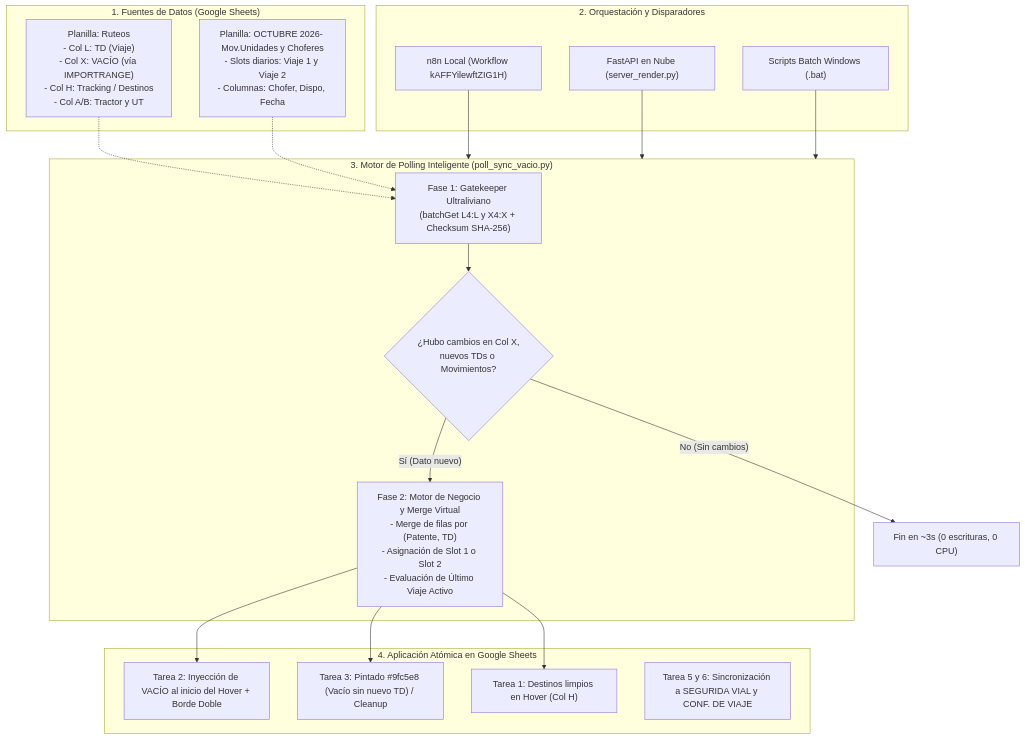
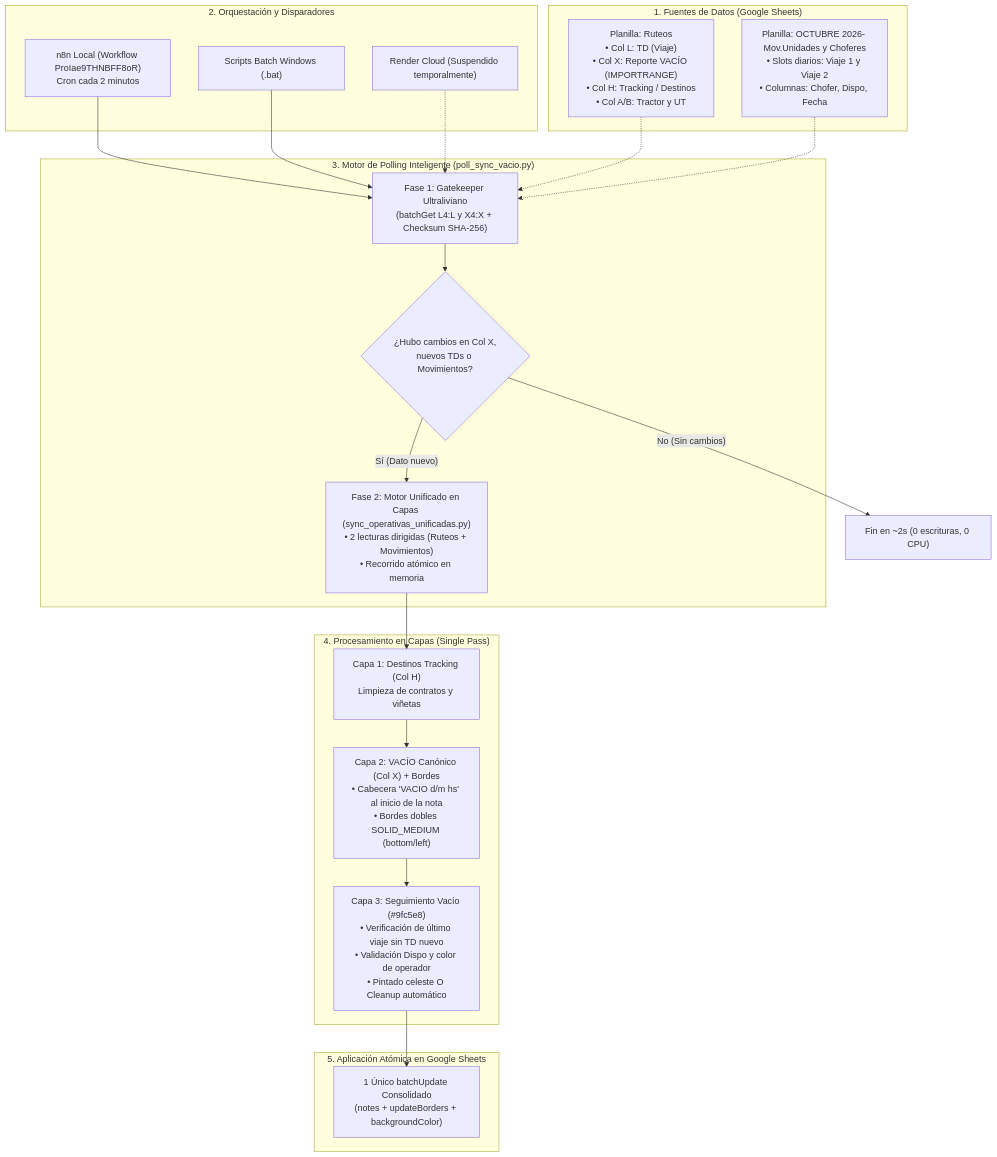
One commit to matiENA/diaria changed the diagram in README.md. Above: the diagram before and after it, drawn with Mermaid. The commit also changed other lines of this file and 16 other files, not shown here.

Commit message:
feat(sync): motor unificado en capas, filtro canónico de TD en Col L, blindaje de concurrencia y fix para pyw en n8n

````diff
--- a/README.md
+++ b/README.md
@@ -23,40 +26,44 @@
 ```mermaid
 flowchart TD
     subgraph Fuentes ["1. Fuentes de Datos (Google Sheets)"]
-        Ruteos["Planilla: Ruteos<br/>- Col L: TD (Viaje)<br/>- Col X: VACÍO (vía IMPORTRANGE)<br/>- Col H: Tracking / Destinos<br/>- Col A/B: Tractor y UT"]
-        Movimientos["Planilla: OCTUBRE 2026- Mov.Unidades y Choferes<br/>- Slots diarios: Viaje 1 y Viaje 2<br/>- Columnas: Chofer, Dispo, Fecha"]
+        Ruteos["Planilla: Ruteos<br/>• Col L: TD (Viaje)<br/>• Col X: Reporte VACÍO (IMPORTRANGE)<br/>• Col H: Tracking / Destinos<br/>• Col A/B: Tractor y UT"]
+        Movimientos["Planilla: OCTUBRE 2026- Mov.Unidades y Choferes<br/>• Slots diarios: Viaje 1 y Viaje 2<br/>• Columnas: Chofer, Dispo, Fecha"]
     end
 
     subgraph Orquestacion ["2. Orquestación y Disparadores"]
-        CronN8N["n8n Local (Workflow kAFFYilewftZIG1H)"]
-        FastAPI["FastAPI en Nube (server_render.py)"]
+        CronN8N["n8n Local (Workflow ProIae9THNBFF8oR)<br/>Cron cada 2 minutos"]
         BatchLocal["Scripts Batch Windows (.bat)"]
+        FastAPI["Render Cloud (Suspendido temporalmente)"]
     end
 
     subgraph PollingEngine ["3. Motor de Polling Inteligente (poll_sync_vacio.py)"]
         Fase1["Fase 1: Gatekeeper Ultraliviano<br/>(batchGet L4:L y X4:X + Checksum SHA-256)"]
         Check{"¿Hubo cambios en Col X,<br/>nuevos TDs o Movimientos?"}
-        Fase2["Fase 2: Motor de Negocio y Merge Virtual<br/>- Merge de filas por (Patente, TD)<br/>- Asignación de Slot 1 o Slot 2<br/>- Evaluación de Último Viaje Activo"]
+        Fase2["Fase 2: Motor Unificado en Capas (sync_operativas_unificadas.py)<br/>• 2 lecturas dirigidas (Ruteos + Movimientos)<br/>• Recorrido atómico en memoria"]
     end
 
-    subgraph Destinos ["4. Aplicación Atómica en Google Sheets"]
-        HoverX["Tarea 2: Inyección de VACÍO al inicio del Hover + Borde Doble"]
-        Celeste["Tarea 3: Pintado #9fc5e8 (Vacío sin nuevo TD) / Cleanup"]
-        Tracking["Tarea 1: Destinos limpios en Hover (Col H)"]
-        Cordillera["Tarea 5 y 6: Sincronización a SEGURIDA VIAL y CONF. DE VIAJE"]
+    subgraph CapasProcesamiento ["4. Procesamiento en Capas (Single Pass)"]
+        Capa1["Capa 1: Destinos Tracking (Col H)<br/>Limpieza de contratos y viñetas"]
+        Capa2["Capa 2: VACÍO Canónico (Col X) + Bordes<br/>• Cabecera 'VACIO d/m hs' al inicio de la nota<br/>• Bordes dobles SOLID_MEDIUM (bottom/left)"]
+        Capa3["Capa 3: Seguimiento Vacío (#9fc5e8)<br/>• Verificación de último viaje sin TD nuevo<br/>• Validación Dispo y color de operador<br/>• Pintado celeste O Cleanup automático"]
     end
 
-    CronN8N --> PollingEngine
-    FastAPI --> PollingEngine
-    BatchLocal --> PollingEngine
+    subgraph Salida ["5. Aplicación Atómica en Google Sheets"]
+        AtomicBatch["1 Único batchUpdate Consolidado<br/>(notes + updateBorders + backgroundColor)"]
+    end
+
+    CronN8N --> Fase1
+    BatchLocal --> Fase1
+    FastAPI -.-> Fase1
 
     Ruteos -.-> Fase1
     Movimientos -.-> Fase1
     Fase1 --> Check
-    Check -- "No (Sin cambios)" --> Fin["Fin en ~3s (0 escrituras, 0 CPU)"]
+    Check -- "No (Sin cambios)" --> Fin["Fin en ~2s (0 escrituras, 0 CPU)"]
     Check -- "Sí (Dato nuevo)" --> Fase2
 
-    Fase2 --> HoverX
-    Fase2 --> Celeste
-    Fase2 --> Tracking
+    Fase2 --> Capa1
+    Capa1 --> Capa2
+    Capa2 --> Capa3
+    Capa3 --> AtomicBatch
 ```
````
